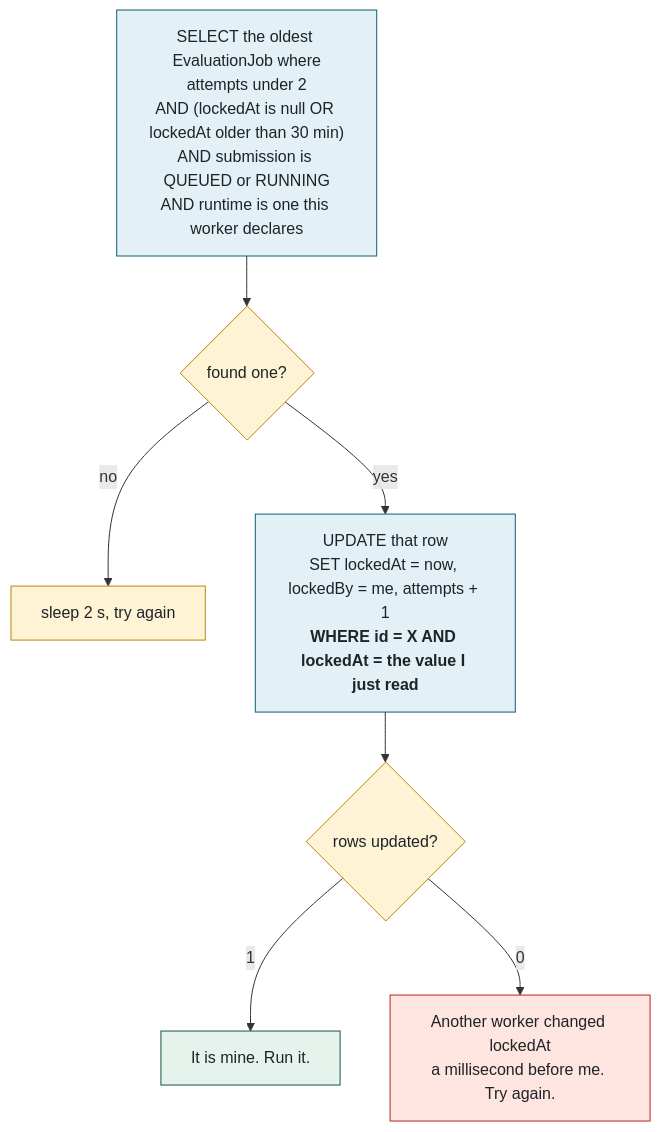
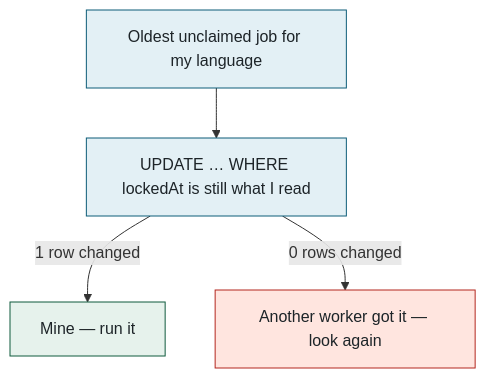
One commit to McMaster-Battery-Research-Group/battery-soc-benchmark changed the fourth of 15 diagrams in docs/walkthrough/ALL-IN-ONE.md. Above: the diagram before and after it, drawn with Mermaid. The commit also changed other lines of this file and 53 other files, not shown here.

Commit message:
Walkthrough: rewritten shorter and plainer — 12 parts, 15 flat diagrams, glossary and reference tables at the back, no icons

````diff
--- a/docs/walkthrough/ALL-IN-ONE.md
+++ b/docs/walkthrough/ALL-IN-ONE.md
@@ -466,17 +129,12 @@
 ```mermaid
 flowchart TB
-    A["SELECT the oldest EvaluationJob where<br/>attempts under 2<br/>AND (lockedAt is null OR lockedAt older than 30 min)<br/>AND submission is QUEUED or RUNNING<br/>AND runtime is one this worker declares"] --> B{"found one?"}
-    B -- no --> Z["sleep 2 s, try again"]
-    B -- yes --> C["UPDATE that row<br/>SET lockedAt = now, lockedBy = me, attempts + 1<br/><b>WHERE id = X AND lockedAt = the value I just read</b>"]
-    C --> D{"rows updated?"}
-    D -- "1" --> E["It is mine. Run it."]
-    D -- "0" --> F["Another worker changed lockedAt<br/>a millisecond before me. Try again."]
-    classDef worker fill:#FFF3D6,stroke:#B8860B,color:#1d2428
+    A["Oldest unclaimed job for my language"] --> B["UPDATE … WHERE lockedAt is still what I read"]
+    B -- "1 row changed" --> C["Mine — run it"]
+    B -- "0 rows changed" --> D["Another worker got it — look again"]
     classDef data fill:#E3F0F5,stroke:#0D5D78,color:#1d2428
     classDef good fill:#E6F2EC,stroke:#0E5B3D,color:#1d2428
     classDef danger fill:#FFE5DF,stroke:#B3261E,color:#1d2428
-    class A,C data
-    class B,D,Z worker
-    class E good
-    class F danger
+    class A,B data
+    class C good
+    class D danger
 ```
````
